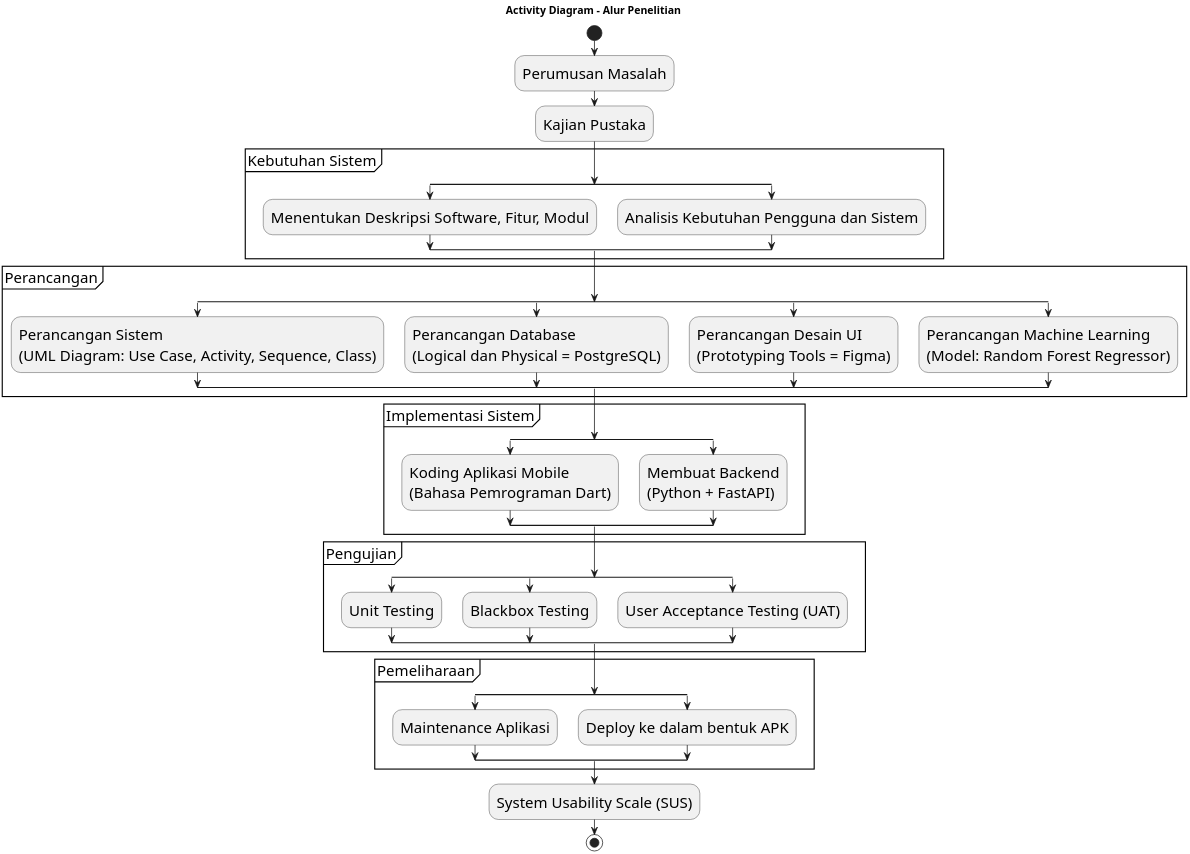
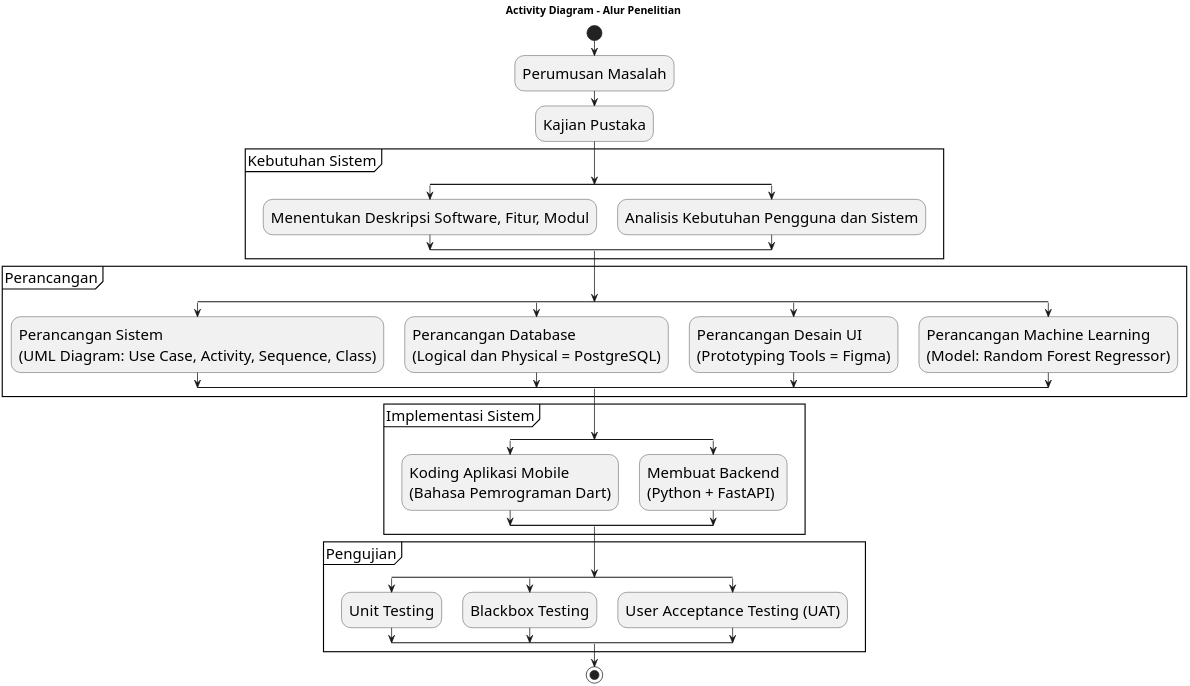
Before and after one commit to DarmawanWisnu/flutter-cea-system: the diagram in docs/diagrams/activity/alur_penelitian.puml, drawn with PlantUML. The commit also changed 2 other files, not shown here.

```diff
--- a/docs/diagrams/activity/alur_penelitian.puml
+++ b/docs/diagrams/activity/alur_penelitian.puml
@@ -1,60 +1,52 @@
 @startuml
 scale 3
 skinparam monochrome true
 skinparam defaultFontSize 20
 title Activity Diagram - Alur Penelitian
 
 start
 :Perumusan Masalah;
 :Kajian Pustaka;
 
 partition "Kebutuhan Sistem" {
   split
     :Menentukan Deskripsi Software, Fitur, Modul;
   split again
     :Analisis Kebutuhan Pengguna dan Sistem;
   end split
 }
 
 partition "Perancangan" {
   split
     :Perancangan Sistem\n(UML Diagram: Use Case, Activity, Sequence, Class);
   split again
     :Perancangan Database\n(Logical dan Physical = PostgreSQL);
   split again
     :Perancangan Desain UI\n(Prototyping Tools = Figma);
   split again
     :Perancangan Machine Learning\n(Model: Random Forest Regressor);
   end split
 }
 
 partition "Implementasi Sistem" {
   split
     :Koding Aplikasi Mobile\n(Bahasa Pemrograman Dart);
   split again
     :Membuat Backend\n(Python + FastAPI);
   end split
 }
 
 partition "Pengujian" {
   split
     :Unit Testing;
   split again
     :Blackbox Testing;
   split again
     :User Acceptance Testing (UAT);
   end split
 }
 
-partition "Pemeliharaan" {
-  split
-    :Maintenance Aplikasi;
-  split again
-    :Deploy ke dalam bentuk APK;
-  end split
-}
 
-:System Usability Scale (SUS);
 
 stop
 @enduml
```
